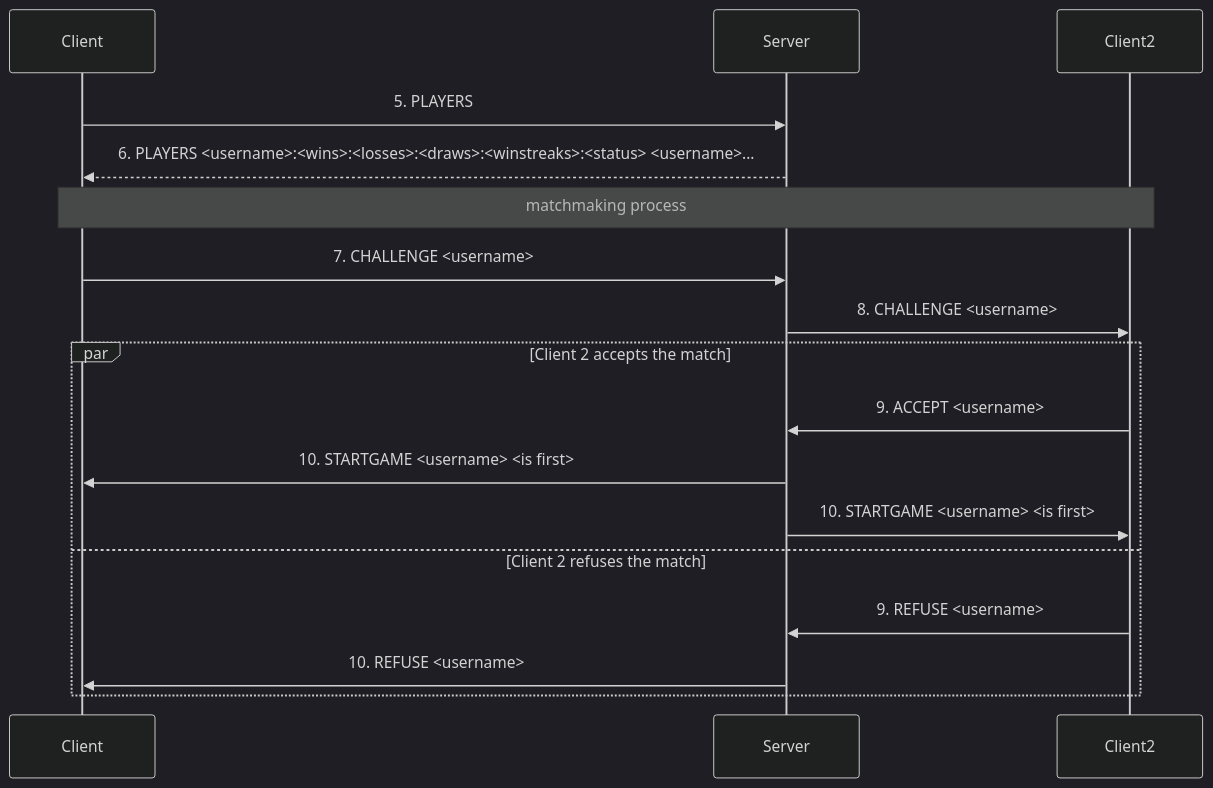
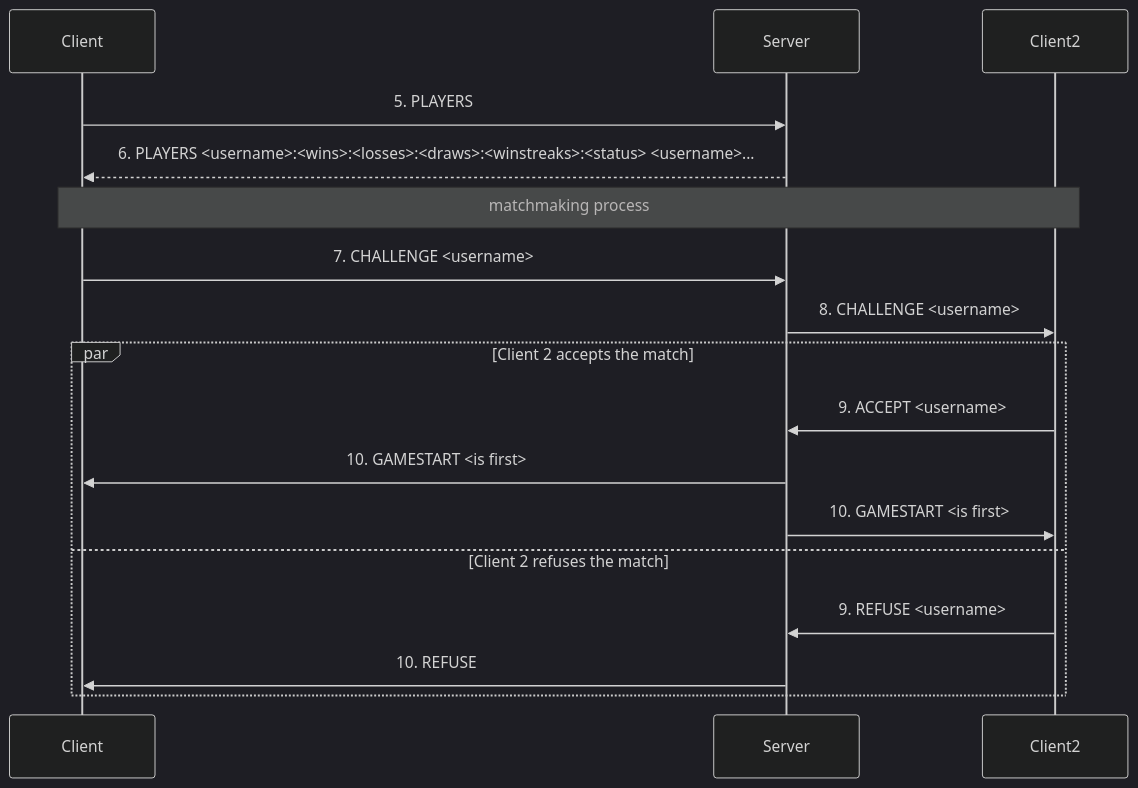
Before and after one commit to MauroWasTaken/dai-pw02-bader-santos: the second of 6 diagrams in README.md, drawn with Mermaid (dark theme). The commit also changed other lines of this file and 1 other file, not shown here.

````diff
--- a/README.md
+++ b/README.md
@@ -285,17 +291,17 @@
 ```mermaid
 sequenceDiagram
     Client->>Server: 5. PLAYERS
 	  Server-->>Client: 6. PLAYERS <username>:<wins>:<losses>:<draws>:<winstreaks>:<status> <username>...
     Note over Client,Client2: matchmaking process
     Client ->> Server: 7. CHALLENGE <username>
     Server ->> Client2 : 8. CHALLENGE <username>
     par Client 2 accepts the match
 	    Client2 ->> Server: 9. ACCEPT <username>
-	    Server ->> Client : 10. STARTGAME <username> <is first>
-	    Server ->> Client2 : 10. STARTGAME <username> <is first>
+	    Server ->> Client : 10. GAMESTART <is first>
+	    Server ->> Client2 : 10. GAMESTART <is first>
     and Client 2 refuses the match
       Client2 ->> Server: 9. REFUSE <username>
-	    Server ->> Client : 10. REFUSE <username>
+	    Server ->> Client : 10. REFUSE
     end
 	  
 ```
````
